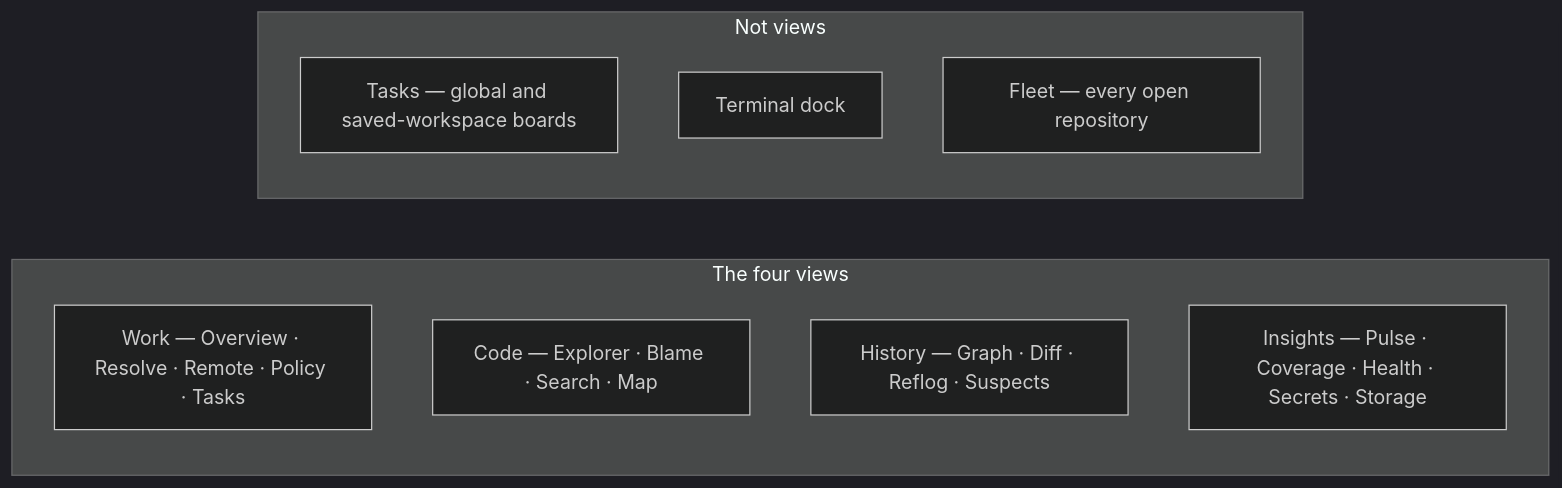
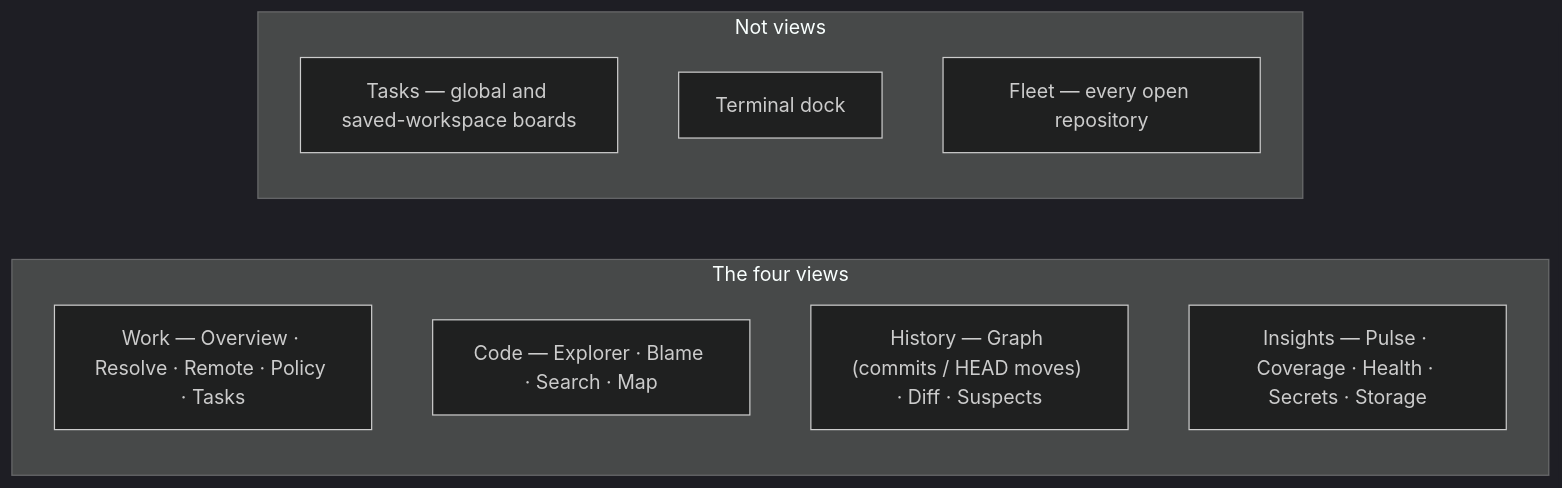
The diagram in wiki/Home.md (bharathvbcr/GitPulse), drawn with Mermaid (dark theme) before and after one commit. The commit also changed 53 other files, not shown here.

````diff
--- a/wiki/Home.md
+++ b/wiki/Home.md
@@ -32,14 +32,14 @@
 ```mermaid
 flowchart LR
     subgraph Views["The four views"]
         Work["Work — Overview · Resolve · Remote · Policy · Tasks"]
         Code["Code — Explorer · Blame · Search · Map"]
-        History["History — Graph · Diff · Reflog · Suspects"]
+        History["History — Graph (commits / HEAD moves) · Diff · Suspects"]
         Insights["Insights — Pulse · Coverage · Health · Secrets · Storage"]
     end
     subgraph Beside["Not views"]
         Tasks["Tasks — global and saved-workspace boards"]
         Terminal["Terminal dock"]
         Fleet["Fleet — every open repository"]
     end
 ```
````
